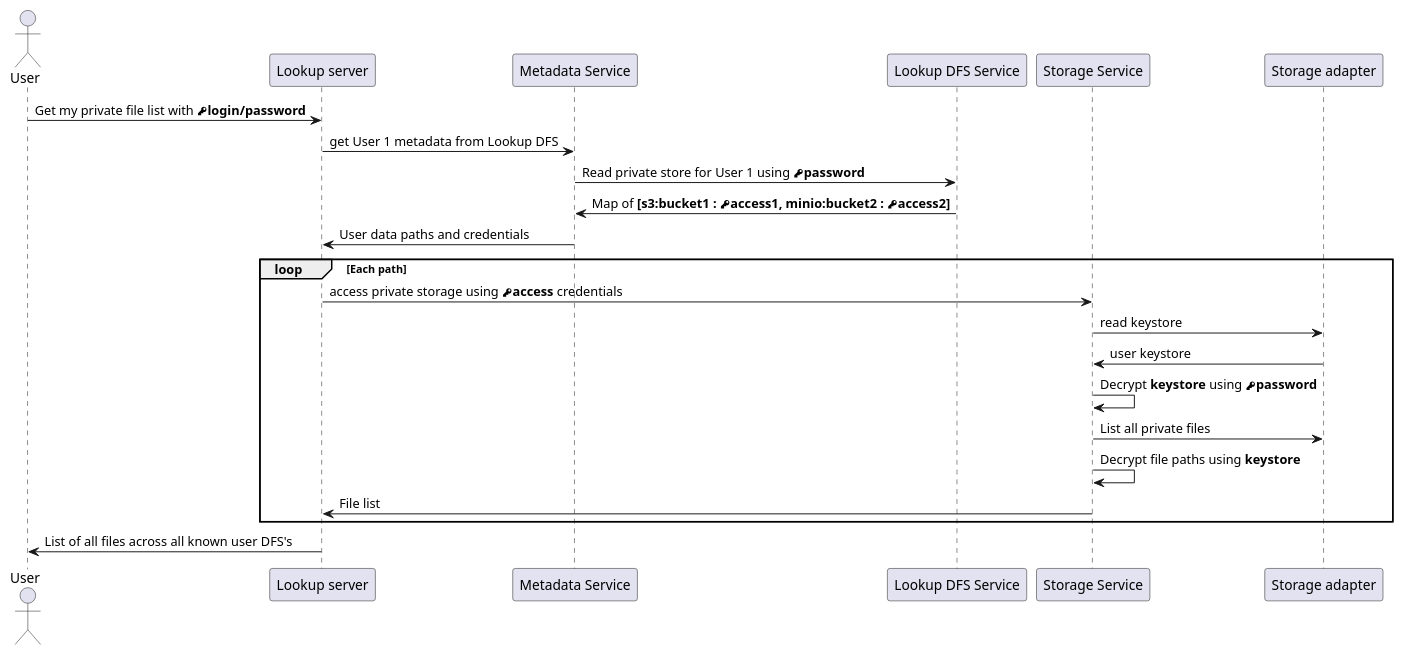
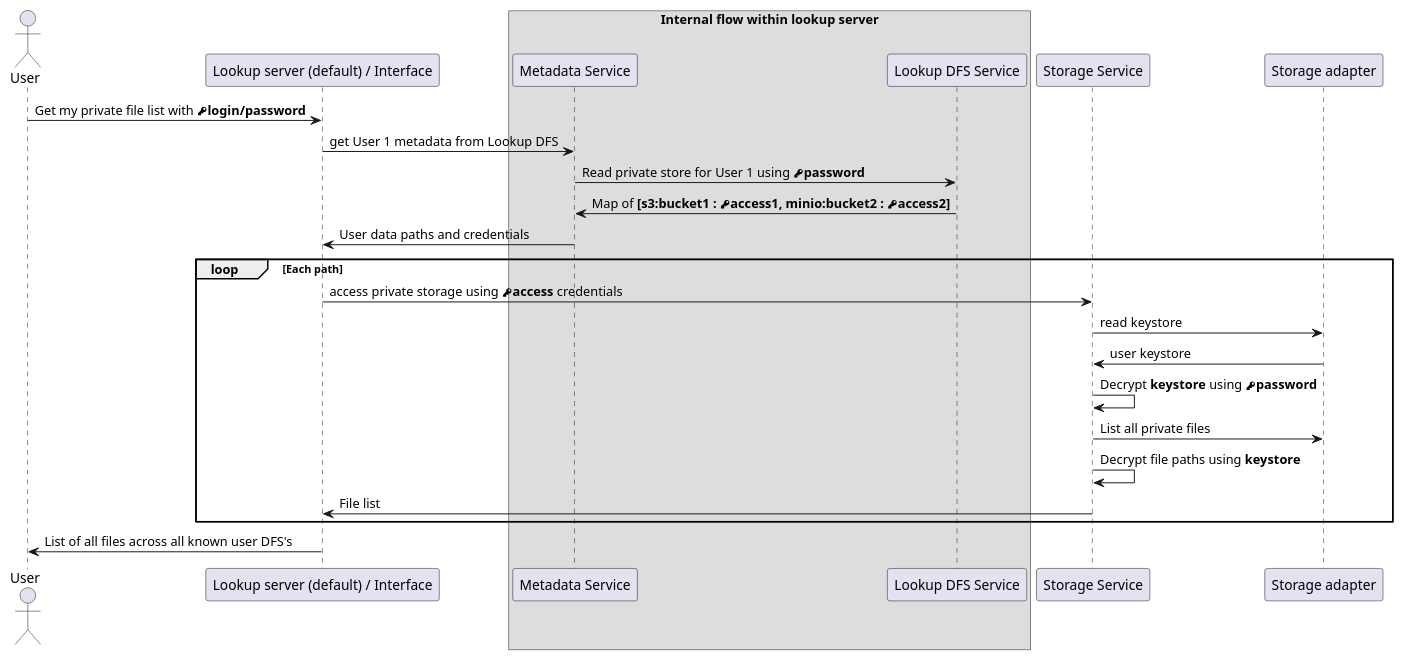
The diagram in diagrams/sequence_private.puml (valb3r/docusafe), drawn with PlantUML before and after one commit. The commit also changed 2 other files, not shown here.

Commit message:
Explicitly show internals of lookup server

```diff
--- a/diagrams/sequence_private.puml
+++ b/diagrams/sequence_private.puml
@@ -1,18 +1,20 @@
 @startuml
 actor User
-User->"Lookup server" as ls : Get my private file list with **<&key>login/password**
+User->"Lookup server (default) / Interface" as ls : Get my private file list with **<&key>login/password**
+box "Internal flow within lookup server"
 ls->"Metadata Service" as lss : get User 1 metadata from Lookup DFS
 lss->"Lookup DFS Service" as DFS : Read private store for User 1 using **<&key>password**
+end box
 DFS->lss : Map of **[s3:bucket1 : <&key>access1, minio:bucket2 : <&key>access2]**
 lss->ls : User data paths and credentials
 loop Each path
   ls->"Storage Service" as ss : access private storage using **<&key>access** credentials
   ss->"Storage adapter" as sa : read keystore
   sa->ss : user keystore
   ss->ss : Decrypt **keystore** using **<&key>password**
   ss->sa : List all private files
   ss->ss : Decrypt file paths using **keystore**
   ss->ls : File list
 end
 ls->User : List of all files across all known user DFS's
 @enduml
```
